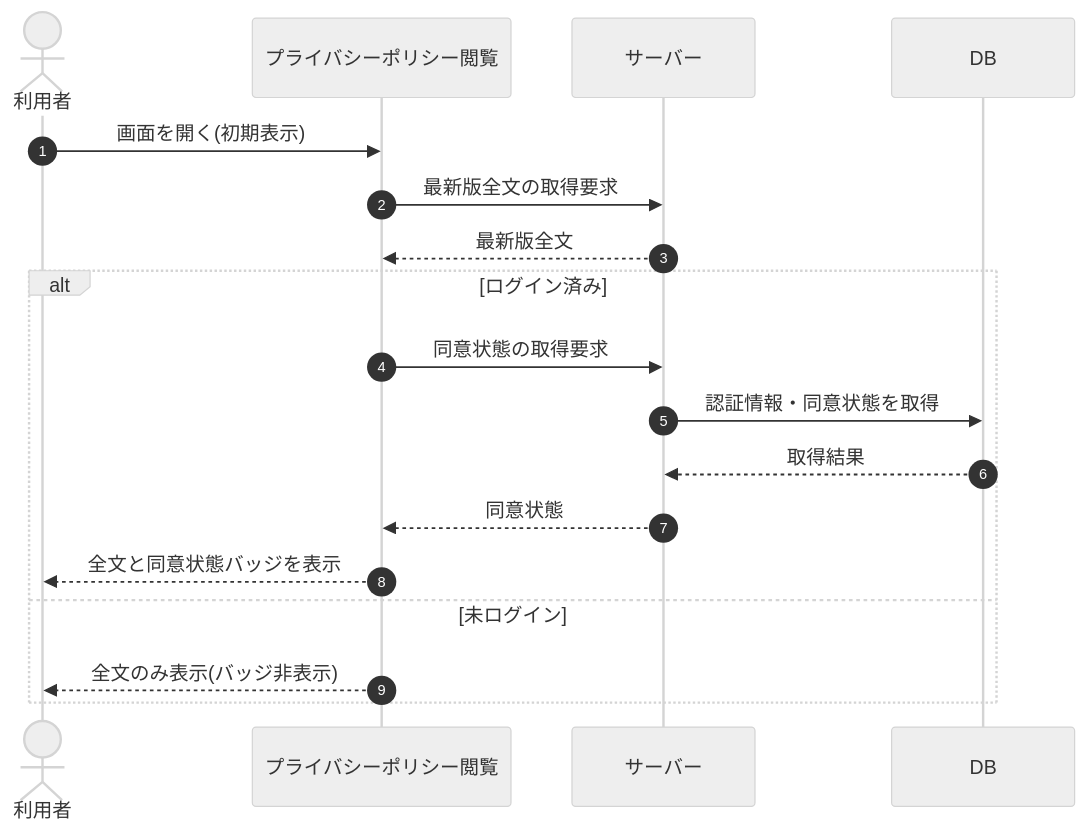
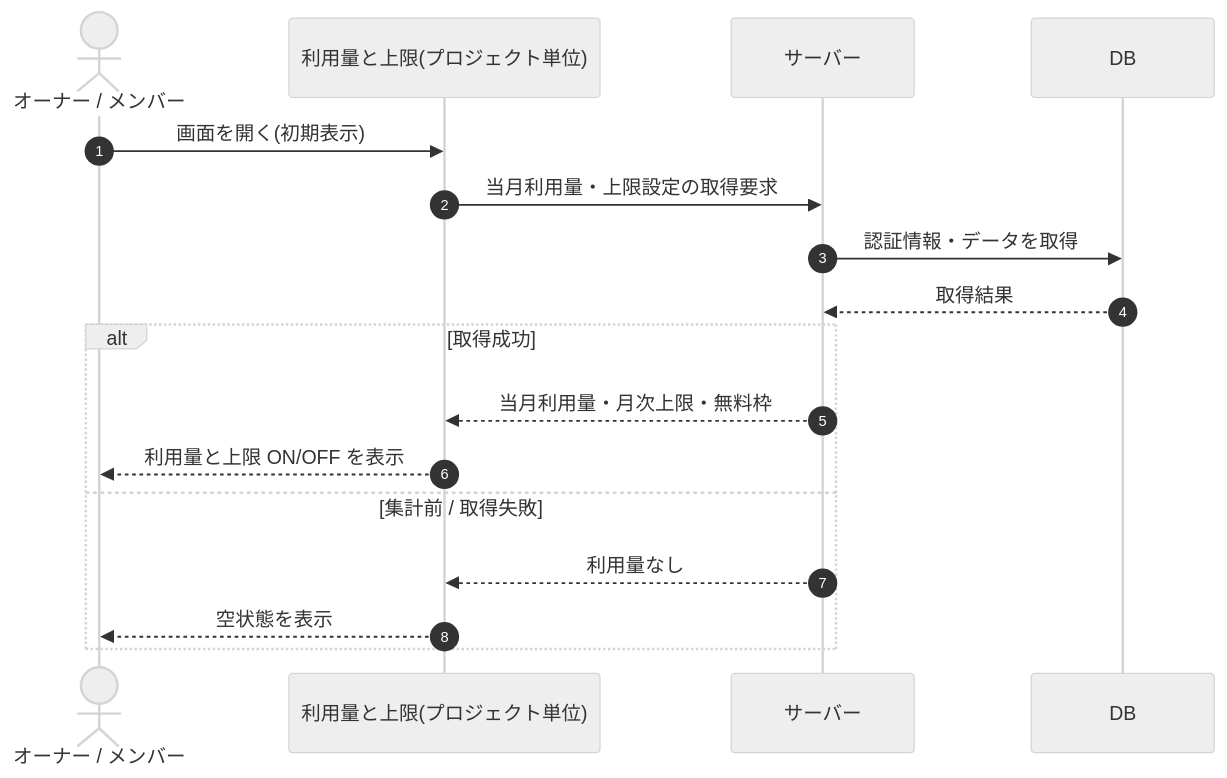
One commit to sikakou54/open-faq changed the diagram in 02_basic_design/03_sequences/SEQ-076.md. Above: the diagram before and after it, drawn with Mermaid (neutral theme). The commit also changed other lines of this file and 395 other files, not shown here.

````diff
--- a/02_basic_design/03_sequences/SEQ-076.md
+++ b/02_basic_design/03_sequences/SEQ-076.md
@@ -25,20 +25,19 @@
 ```mermaid
 sequenceDiagram
   autonumber
-  actor U as 利用者
-  participant Screen as プライバシーポリシー閲覧
+  actor U as オーナー / メンバー
+  participant Screen as 利用量と上限(プロジェクト単位)
   participant Server as サーバー
   participant DB as DB
   U->>Screen: 画面を開く(初期表示)
-  Screen->>Server: 最新版全文の取得要求
-  Server-->>Screen: 最新版全文
-  alt ログイン済み
-    Screen->>Server: 同意状態の取得要求
-    Server->>DB: 認証情報・同意状態を取得
-    DB-->>Server: 取得結果
-    Server-->>Screen: 同意状態
-    Screen-->>U: 全文と同意状態バッジを表示
-  else 未ログイン
-    Screen-->>U: 全文のみ表示(バッジ非表示)
+  Screen->>Server: 当月利用量・上限設定の取得要求
+  Server->>DB: 認証情報・データを取得
+  DB-->>Server: 取得結果
+  alt 取得成功
+    Server-->>Screen: 当月利用量・月次上限・無料枠
+    Screen-->>U: 利用量と上限 ON/OFF を表示
+  else 集計前 / 取得失敗
+    Server-->>Screen: 利用量なし
+    Screen-->>U: 空状態を表示
   end
 ```
````
